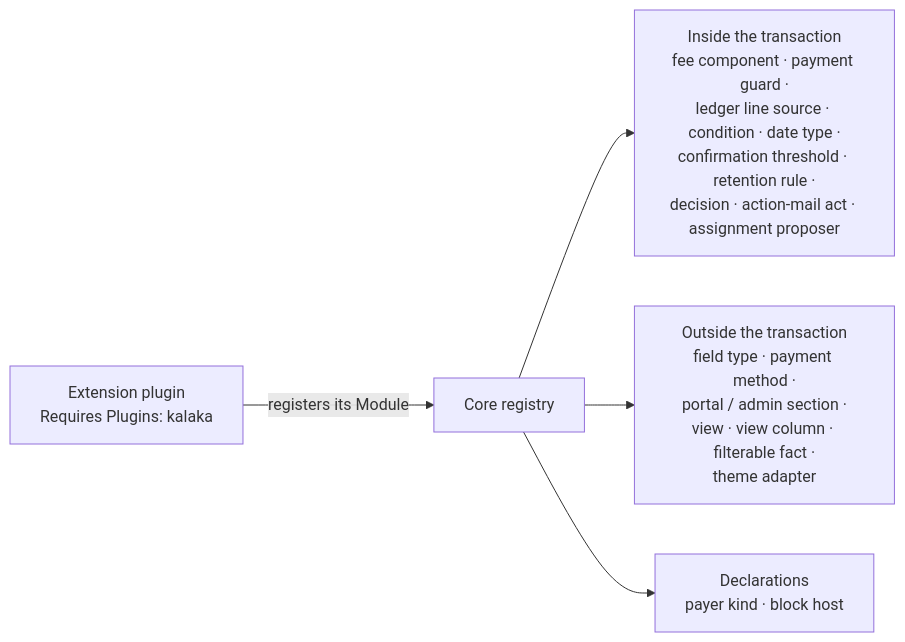
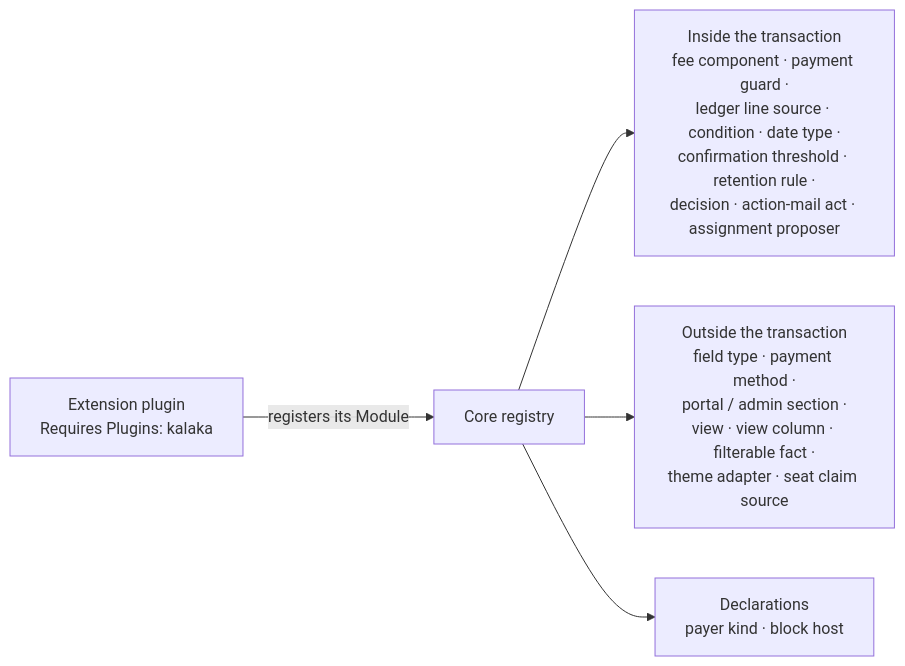
Before and after one commit to reformatus/kalaka: the second of 2 diagrams in docs/architecture/modules-and-extensions.md, drawn with Mermaid. The commit also changed other lines of this file and 24 other files, not shown here.

First line of the commit message:
Seats: the review fixes of #229 (lock order of claims, the seat claim source, assignments follow the registration's status)

````diff
--- a/docs/architecture/modules-and-extensions.md
+++ b/docs/architecture/modules-and-extensions.md
@@ -296,7 +301,7 @@
 ```mermaid
 flowchart LR
   EP["Extension plugin<br/>Requires Plugins: kalaka"] -->|"registers its Module"| REG["Core registry"]
   REG --> IN["Inside the transaction<br/>fee component · payment guard ·<br/>ledger line source · condition · date type ·<br/>confirmation threshold · retention rule ·<br/>decision · action-mail act · assignment proposer"]
-  REG --> OUT["Outside the transaction<br/>field type · payment method ·<br/>portal / admin section ·<br/>view · view column · filterable fact ·<br/>theme adapter"]
+  REG --> OUT["Outside the transaction<br/>field type · payment method ·<br/>portal / admin section ·<br/>view · view column · filterable fact ·<br/>theme adapter · seat claim source"]
   REG --> DECL["Declarations<br/>payer kind · block host"]
 ```
````
